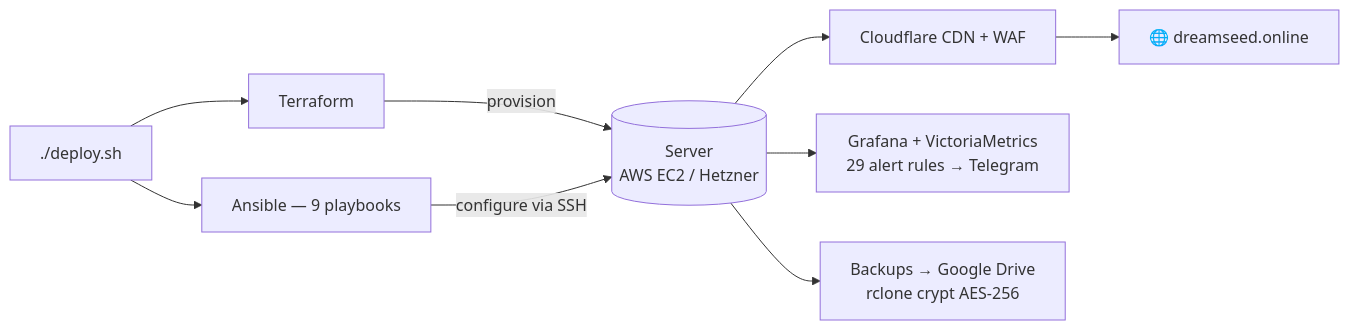
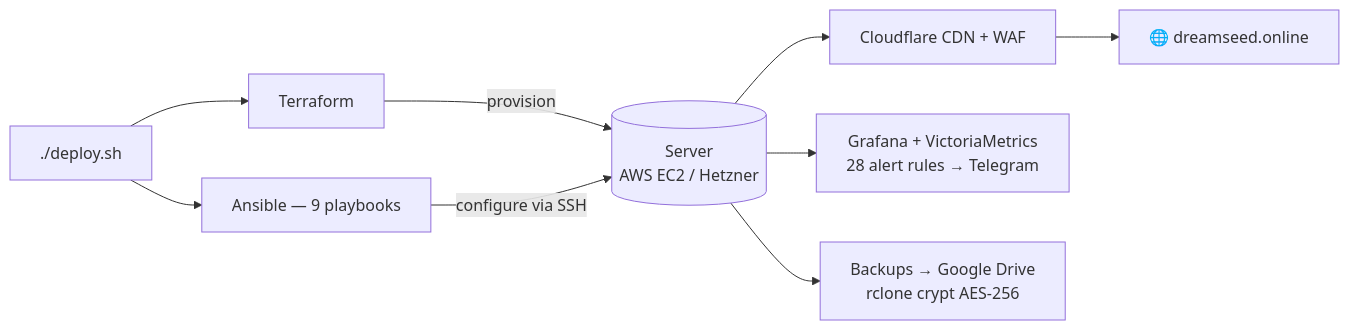
The diagram in README.md (W1ckedS1ck/DreamSeed), drawn with Mermaid before and after one commit. The commit also changed other lines of this file and 49 other files, not shown here.

````diff
--- a/README.md
+++ b/README.md
@@ -135,11 +135,11 @@
 ```mermaid
 flowchart LR
     CLI[./deploy.sh] --> TF[Terraform]
     CLI --> ANS[Ansible — 9 playbooks]
     TF -->|provision| SRV[(Server<br/>AWS EC2 / Hetzner)]
     ANS -->|configure via SSH| SRV
     SRV --> CF[Cloudflare CDN + WAF]
     CF --> SITE["🌐 dreamseed.online"]
-    SRV --> OBS[Grafana + VictoriaMetrics<br/>29 alert rules → Telegram]
+    SRV --> OBS[Grafana + VictoriaMetrics<br/>28 alert rules → Telegram]
     SRV --> BCK[Backups → Google Drive<br/>rclone crypt AES-256]
 ```
````
